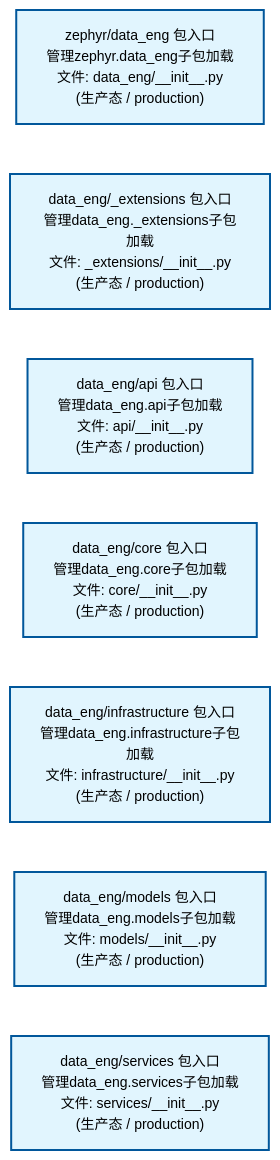
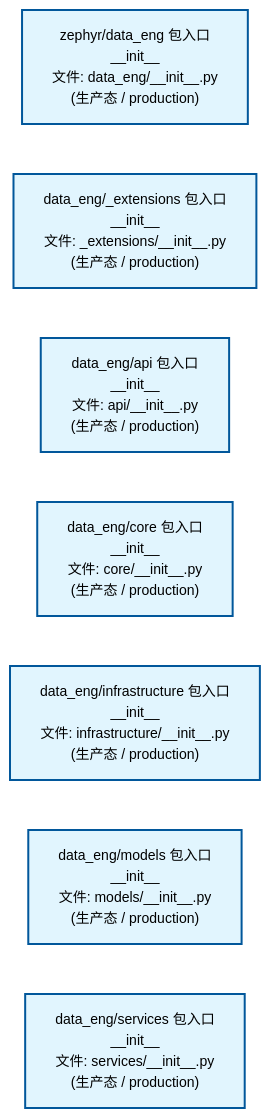
One commit to xuanFelixVan/ZephyrAlpha changed the second of 2 diagrams in docs/02_enterprise_architecture/02_domain_architecture_docs/12_d_data_eng.md. Above: the diagram before and after it, drawn with Mermaid. The commit also changed other lines of this file and 56 other files, not shown here.

````diff
--- a/docs/02_enterprise_architecture/02_domain_architecture_docs/12_d_data_eng.md
+++ b/docs/02_enterprise_architecture/02_domain_architecture_docs/12_d_data_eng.md
@@ -80,22 +80,22 @@
 ```mermaid
 %%{init: {'theme': 'base', 'themeVariables': {'primaryColor': '#eaeaea', 'primaryTextColor': '#333333', 'primaryBorderColor': '#666666', 'lineColor': '#666666', 'secondaryColor': '#eaeaea', 'tertiaryColor': '#eaeaea', 'fontSize': '14px'}}}%%
 flowchart TD
-    src_zephyr_data_eng_init_py["zephyr/data_eng 包入口<br/>管理zephyr.data_eng子包加载<br/>文件: data_eng/__init__.py<br/>(生产态 / production)"]
-    src_zephyr_data_eng_extensions_init_py["data_eng/_extensions 包入口<br/>管理data_eng._extensions子包加载<br/>文件: _extensions/__init__.py<br/>(生产态 / production)"]
-    src_zephyr_data_eng_api_init_py["data_eng/api 包入口<br/>管理data_eng.api子包加载<br/>文件: api/__init__.py<br/>(生产态 / production)"]
-    src_zephyr_data_eng_core_init_py["data_eng/core 包入口<br/>管理data_eng.core子包加载<br/>文件: core/__init__.py<br/>(生产态 / production)"]
-    src_zephyr_data_eng_infrastructure_init_py["data_eng/infrastructure 包入口<br/>管理data_eng.infrastructure子包加载<br/>文件: infrastructure/__init__.py<br/>(生产态 / production)"]
-    src_zephyr_data_eng_models_init_py["data_eng/models 包入口<br/>管理data_eng.models子包加载<br/>文件: models/__init__.py<br/>(生产态 / production)"]
-    src_zephyr_data_eng_services_init_py["data_eng/services 包入口<br/>管理data_eng.services子包加载<br/>文件: services/__init__.py<br/>(生产态 / production)"]
+    src_zephyr_data_eng_init_py["zephyr/data_eng 包入口<br/>__init__<br/>文件: data_eng/__init__.py<br/>(生产态 / production)"]
+    src_zephyr_data_eng_extensions_init_py["data_eng/_extensions 包入口<br/>__init__<br/>文件: _extensions/__init__.py<br/>(生产态 / production)"]
+    src_zephyr_data_eng_api_init_py["data_eng/api 包入口<br/>__init__<br/>文件: api/__init__.py<br/>(生产态 / production)"]
+    src_zephyr_data_eng_core_init_py["data_eng/core 包入口<br/>__init__<br/>文件: core/__init__.py<br/>(生产态 / production)"]
+    src_zephyr_data_eng_infrastructure_init_py["data_eng/infrastructure 包入口<br/>__init__<br/>文件: infrastructure/__init__.py<br/>(生产态 / production)"]
+    src_zephyr_data_eng_models_init_py["data_eng/models 包入口<br/>__init__<br/>文件: models/__init__.py<br/>(生产态 / production)"]
+    src_zephyr_data_eng_services_init_py["data_eng/services 包入口<br/>__init__<br/>文件: services/__init__.py<br/>(生产态 / production)"]
     src_zephyr_data_eng_init_py ~~~ src_zephyr_data_eng_extensions_init_py
     src_zephyr_data_eng_extensions_init_py ~~~ src_zephyr_data_eng_api_init_py
     src_zephyr_data_eng_api_init_py ~~~ src_zephyr_data_eng_core_init_py
     src_zephyr_data_eng_core_init_py ~~~ src_zephyr_data_eng_infrastructure_init_py
     src_zephyr_data_eng_infrastructure_init_py ~~~ src_zephyr_data_eng_models_init_py
     src_zephyr_data_eng_models_init_py ~~~ src_zephyr_data_eng_services_init_py
     classDef production fill:#e1f5fe,stroke:#01579b,stroke-width:2px,color:#000
     classDef design fill:#fff3e0,stroke:#e65100,stroke-width:2px,color:#000,stroke-dasharray: 5 5
     classDef external_prod fill:#e8f4fd,stroke:#0277bd,stroke-width:1px,color:#000
     classDef external_design fill:#fff8e7,stroke:#ef6c00,stroke-width:1px,color:#000,stroke-dasharray: 5 5
     class src_zephyr_data_eng_init_py,src_zephyr_data_eng_extensions_init_py,src_zephyr_data_eng_api_init_py,src_zephyr_data_eng_core_init_py,src_zephyr_data_eng_infrastructure_init_py,src_zephyr_data_eng_models_init_py,src_zephyr_data_eng_services_init_py production
 ```
````
